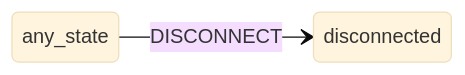
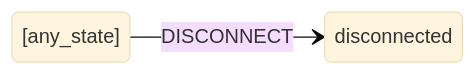
The fifth of 8 diagrams in docs/reference/transitions.md (maurice/yay-machine), drawn with Mermaid (base theme) before and after one commit. The commit also changed other lines of this file and 9 other files, not shown here.

Commit message:
docs: better styling of mermaid and inline code

````diff
--- a/docs/reference/transitions.md
+++ b/docs/reference/transitions.md
@@ -380,5 +380,5 @@
 ```mermaid
 stateDiagram
     direction LR
-    any_state --> disconnected: DISCONNECT
+    [any_state] --> disconnected: DISCONNECT
 ```
````
